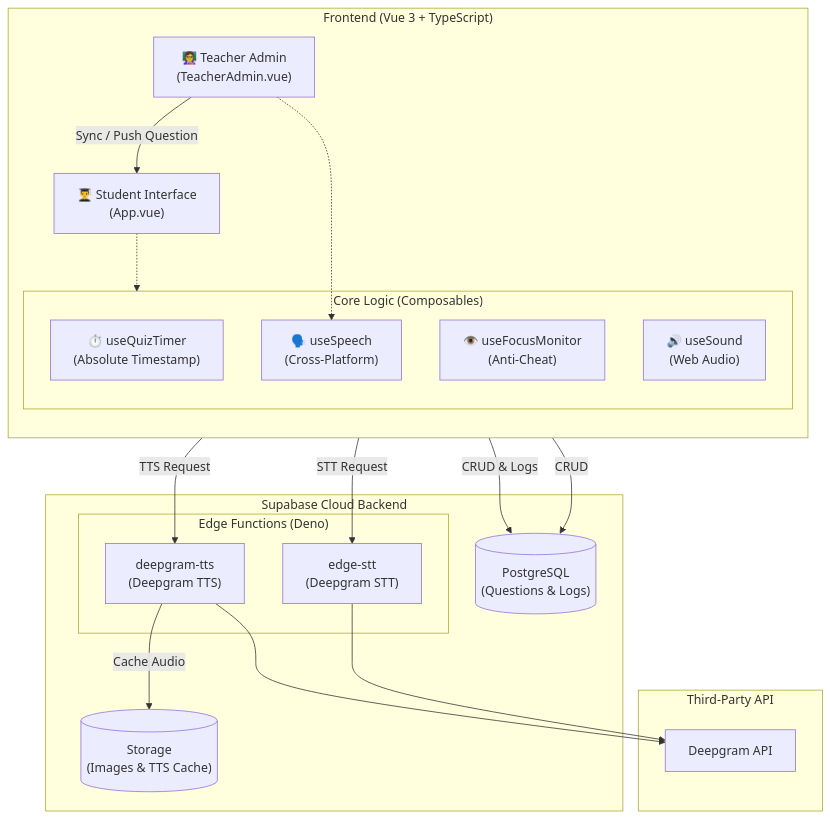
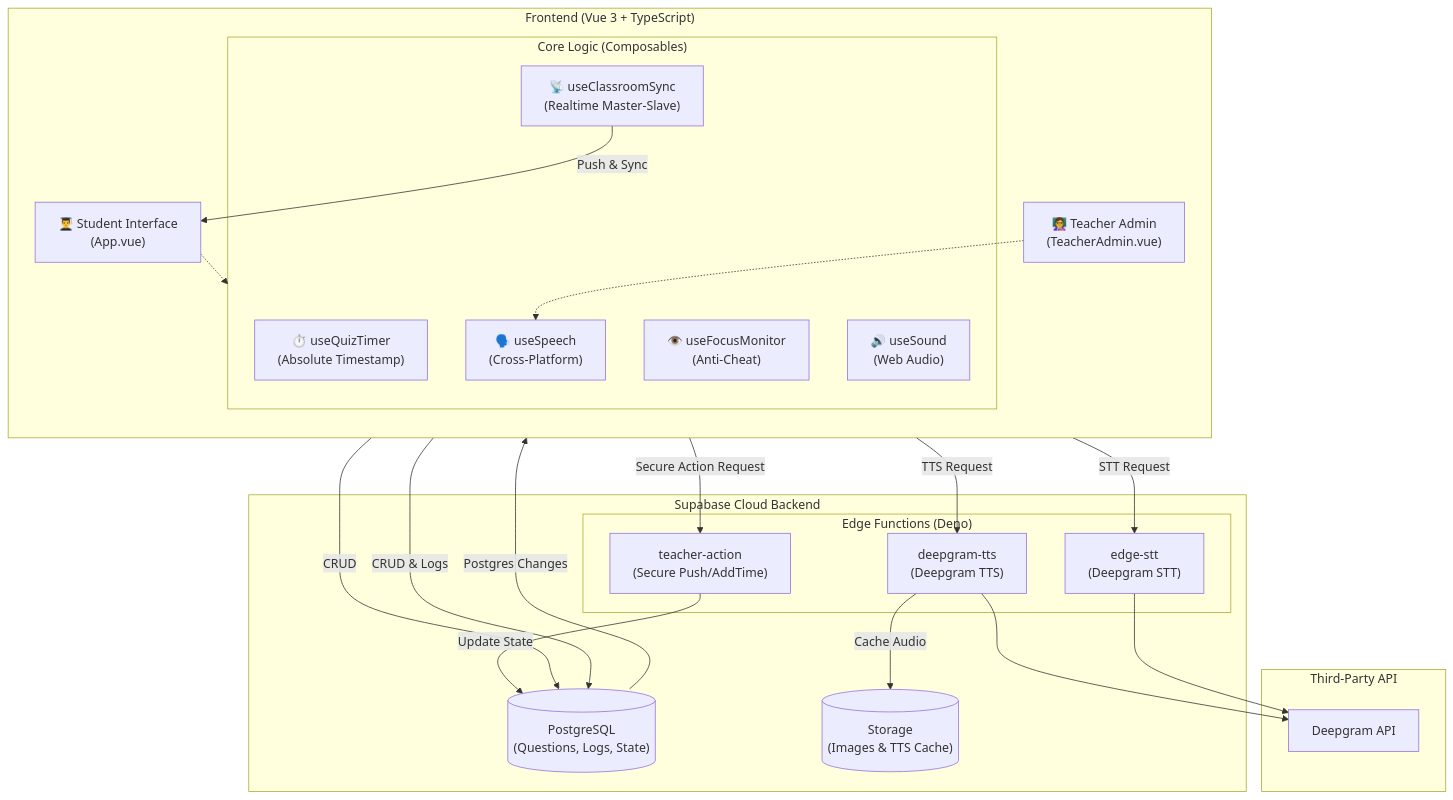
Before and after one commit to ylin3-learner/anime-character-hunter-lite: the second of 3 diagrams in README.md, drawn with Mermaid. The commit also changed other lines of this file and 1 other file, not shown here.

````diff
--- a/README.md
+++ b/README.md
@@ -62,45 +62,51 @@
 ```mermaid
 graph TD
     subgraph Client ["Frontend (Vue 3 + TypeScript)"]
         direction TB
         AdminUI["👩‍🏫 Teacher Admin<br>(TeacherAdmin.vue)"]
         StudentUI["👨‍🎓 Student Interface<br>(App.vue)"]
         
         subgraph Composables ["Core Logic (Composables)"]
             Timer["⏱️ useQuizTimer<br>(Absolute Timestamp)"]
             Focus["👁️ useFocusMonitor<br>(Anti-Cheat)"]
             Sound["🔊 useSound<br>(Web Audio)"]
             Speech["🗣️ useSpeech<br>(Cross-Platform)"]
+            Sync["📡 useClassroomSync<br>(Realtime Master-Slave)"]
         end
     end
 
     subgraph Supabase ["Supabase Cloud Backend"]
-        DB[("PostgreSQL<br>(Questions & Logs)")]
+        DB[("PostgreSQL<br>(Questions, Logs, State)")]
         Storage[("Storage<br>(Images & TTS Cache)")]
         
         subgraph EdgeFunctions ["Edge Functions (Deno)"]
+            Action_Proxy["teacher-action<br>(Secure Push/AddTime)"]
             TTS_Proxy["deepgram-tts<br>(Deepgram TTS)"]
             STT_Proxy["edge-stt<br>(Deepgram STT)"]
         end
     end
 
     subgraph ThirdParty ["Third-Party API"]
         Deepgram["Deepgram API"]
     end
 
     %% Data Flow
-    AdminUI -- "Sync / Push Question" --> StudentUI
+    AdminUI -- "Secure Action Request" --> Action_Proxy
+    Action_Proxy -- "Update State" --> DB
+    DB -- "Postgres Changes" --> Sync
+    Sync -- "Push & Sync" --> StudentUI
+    
+    AdminUI -- "CRUD" --> DB
     StudentUI -- "CRUD & Logs" --> DB
-    AdminUI -- "CRUD" --> DB
     
     StudentUI -- "TTS Request" --> TTS_Proxy
     TTS_Proxy --> Deepgram
     TTS_Proxy -- "Cache Audio" --> Storage
     
     StudentUI -- "STT Request" --> STT_Proxy
     STT_Proxy --> Deepgram
 
     %% Logic Dependencies
     StudentUI -.-> Composables
     AdminUI -.-> Speech
 ```
````
